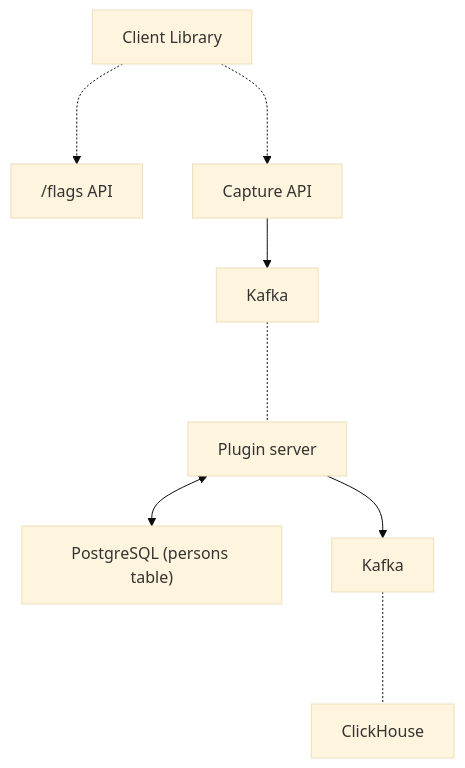
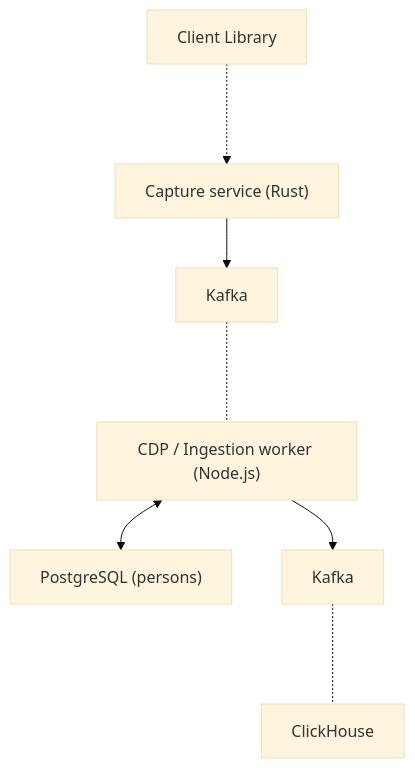
The first of 2 diagrams in contents/docs/how-posthog-works/ingestion-pipeline.mdx (PostHog/posthog.com), drawn with Mermaid (base theme) before and after one commit. The commit also changed other lines of this file and 2 other files, not shown here.

First line of the commit message:
Update how-posthog-works architecture diagrams to reflect current state

````diff
--- a/contents/docs/how-posthog-works/ingestion-pipeline.mdx
+++ b/contents/docs/how-posthog-works/ingestion-pipeline.mdx
@@ -7,21 +7,18 @@
 ```mermaid
 graph TD
     CLIENT[Client Library]
-    FLAGS["/flags API"]
-    CAPTURE[Capture API]
-    PLUGINS[Plugin server]
-    PERSONS["PostgreSQL (persons table)"]
+    CAPTURE["Capture service (Rust)"]
+    CDP["CDP / Ingestion worker (Node.js)"]
+    PERSONS["PostgreSQL (persons)"]
     Kafka2[Kafka]
-
-    CLIENT -..-> FLAGS
 
     CLIENT -..-> CAPTURE
     CAPTURE --> Kafka
 
-    Kafka <-..- PLUGINS
+    Kafka <-..- CDP
 
-    PLUGINS <--> PERSONS
-    PLUGINS --> Kafka2
+    CDP <--> PERSONS
+    CDP --> Kafka2
 
     Kafka2 <-..- ClickHouse
 ```
````
